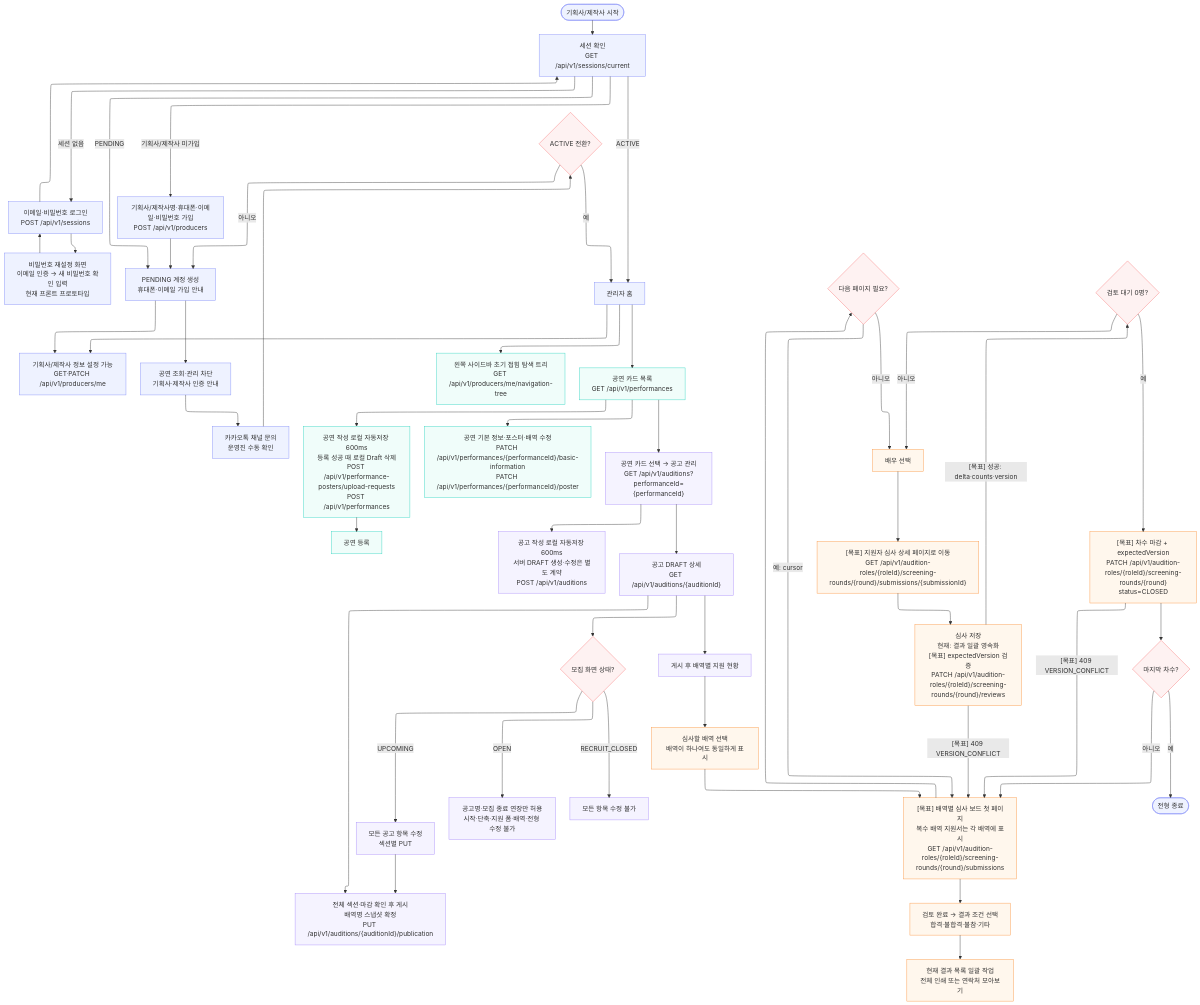
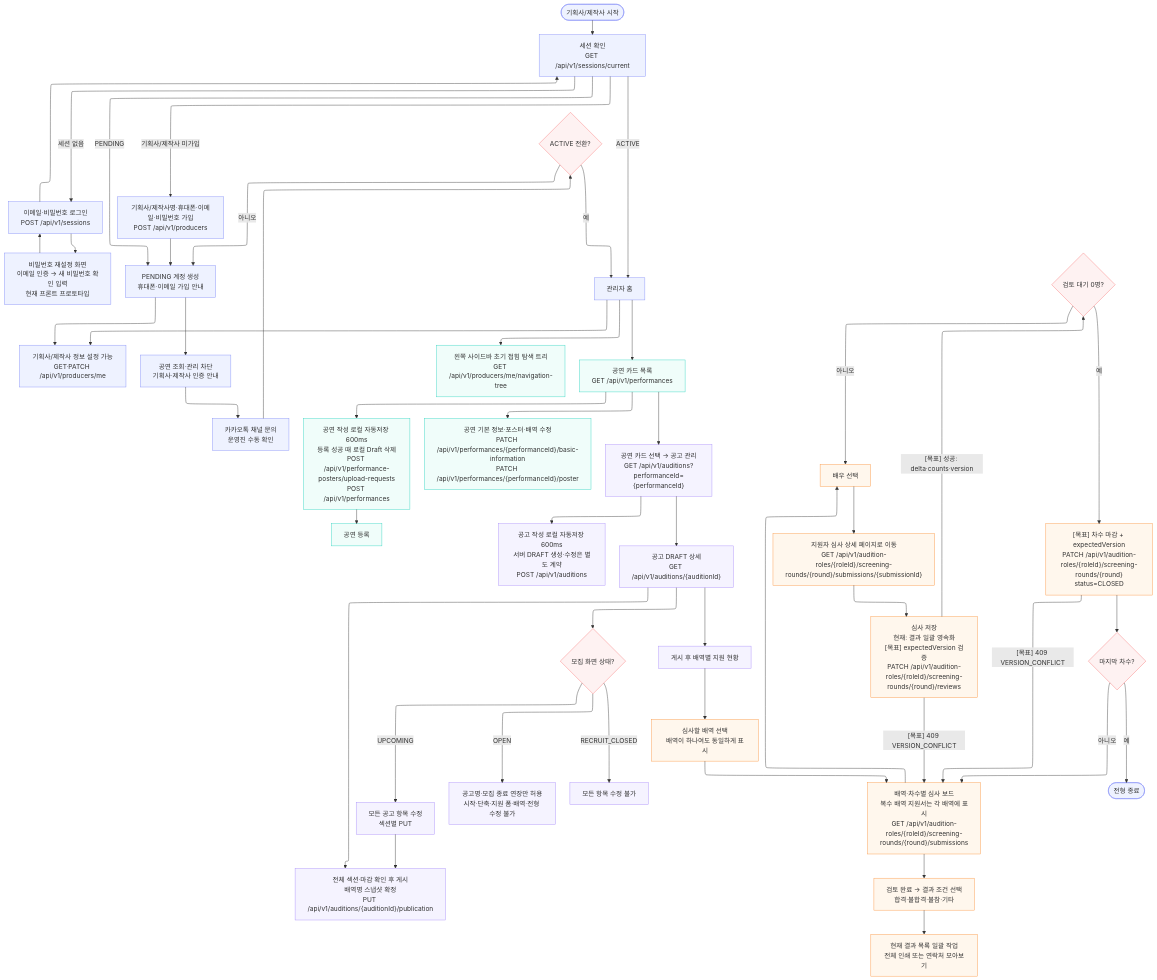
The diagram in docs/development/flows/producer.mmd (woowacourse-teams/2026-yesulin), drawn with Mermaid before and after one commit. The commit also changed 44 other files, not shown here.

```diff
--- a/docs/development/flows/producer.mmd
+++ b/docs/development/flows/producer.mmd
@@ -1,57 +1,55 @@
 ---
 config:
   layout: elk
 ---
 flowchart TB
     START(["기획사/제작사 시작"]) --> SESSION["세션 확인<br>GET /api/v1/sessions/current"]
     SESSION -- 세션 없음 --> LOGIN["이메일·비밀번호 로그인<br>POST /api/v1/sessions"]
     LOGIN --> PASSWORD_RESET["비밀번호 재설정 화면<br>이메일 인증 → 새 비밀번호 확인 입력<br>현재 프론트 프로토타입"]
     PASSWORD_RESET --> LOGIN
     LOGIN --> SESSION
     SESSION -- 기획사/제작사 미가입 --> SIGNUP["기획사/제작사명·휴대폰·이메일·비밀번호 가입<br>POST /api/v1/producers"]
     SIGNUP --> PENDING["PENDING 계정 생성<br>휴대폰·이메일 가입 안내"]
     SESSION -- PENDING --> PENDING
     PENDING --> PROFILE["기획사/제작사 정보 설정 가능<br>GET·PATCH /api/v1/producers/me"]
     PENDING --> BLOCKED["공연 조회·관리 차단<br>기획사·제작사 인증 안내"]
     BLOCKED --> CONTACT["카카오톡 채널 문의<br>운영진 수동 확인"]
     CONTACT --> ACTIVE{"ACTIVE 전환?"}
     ACTIVE -- 아니오 --> PENDING
     ACTIVE -- 예 --> HOME["관리자 홈"]
     SESSION -- ACTIVE --> HOME
     HOME --> NAV["왼쪽 사이드바 초기 접힘 탐색 트리<br>GET /api/v1/producers/me/navigation-tree"] & PROFILE & PERF["공연 카드 목록<br>GET /api/v1/performances"]
     PERF --> NEW_PERF["공연 작성 로컬 자동저장 600ms<br>등록 성공 때 로컬 Draft 삭제<br>POST /api/v1/performance-posters/upload-requests<br>POST /api/v1/performances"] & EDIT_PERF["공연 기본 정보·포스터·배역 수정<br>PATCH /api/v1/performances/{performanceId}/basic-information<br>PATCH /api/v1/performances/{performanceId}/poster"] & POSTINGS["공연 카드 선택 → 공고 관리<br>GET /api/v1/auditions?performanceId={performanceId}"]
     NEW_PERF --> CREATE_PERF["공연 등록"]
     POSTINGS --> CREATE_POSTING["공고 작성 로컬 자동저장 600ms<br>서버 DRAFT 생성·수정은 별도 계약<br>POST /api/v1/auditions"] & POSTING_DETAIL["공고 DRAFT 상세<br>GET /api/v1/auditions/{auditionId}"]
     POSTING_DETAIL --> EDIT_POLICY{"모집 화면 상태?"} & PUBLISH["전체 섹션·마감 확인 후 게시<br>배역명 스냅샷 확정<br>PUT /api/v1/auditions/{auditionId}/publication"] & ROLES["게시 후 배역별 지원 현황"]
     EDIT_POLICY -- UPCOMING --> EDIT_POSTING["모든 공고 항목 수정<br>섹션별 PUT"]
     EDIT_POLICY -- OPEN --> EDIT_OPEN["공고명·모집 종료 연장만 허용<br>시작·단축·지원 폼·배역·전형 수정 불가"]
     EDIT_POLICY -- RECRUIT_CLOSED --> EDIT_BLOCKED["모든 항목 수정 불가"]
     EDIT_POSTING --> PUBLISH
     ROLES --> CHOOSE_ROLE["심사할 배역 선택<br>배역이 하나여도 동일하게 표시"]
-    CHOOSE_ROLE --> BOARD["[목표] 배역별 심사 보드 첫 페이지<br>복수 배역 지원서는 각 배역에 표시<br>GET /api/v1/audition-roles/{roleId}/screening-rounds/{round}/submissions"]
+    CHOOSE_ROLE --> BOARD["배역·차수별 심사 보드<br>복수 배역 지원서는 각 배역에 표시<br>GET /api/v1/audition-roles/{roleId}/screening-rounds/{round}/submissions"]
     BOARD --> RESULT_FILTER["검토 완료 → 결과 조건 선택<br>합격·불합격·불참·기타"]
     RESULT_FILTER --> GROUP_ACTION["현재 결과 목록 일괄 작업<br>전체 인쇄 또는 연락처 모아보기"]
-    BOARD --> MORE{"다음 페이지 필요?"}
-    MORE -- 예: cursor --> BOARD
-    MORE -- 아니오 --> SELECT["배우 선택"]
-    SELECT --> APP_DETAIL["[목표] 지원자 심사 상세 페이지로 이동<br>GET /api/v1/audition-roles/{roleId}/screening-rounds/{round}/submissions/{submissionId}"]
+    BOARD --> SELECT["배우 선택"]
+    SELECT --> APP_DETAIL["지원자 심사 상세 페이지로 이동<br>GET /api/v1/audition-roles/{roleId}/screening-rounds/{round}/submissions/{submissionId}"]
     APP_DETAIL --> REVIEW["심사 저장<br>현재: 결과 일괄 영속화<br>[목표] expectedVersion 검증<br>PATCH /api/v1/audition-roles/{roleId}/screening-rounds/{round}/reviews"]
     REVIEW -- "[목표] 409 VERSION_CONFLICT" --> BOARD
     REVIEW -- "[목표] 성공: delta·counts·version" --> DONE{"검토 대기 0명?"}
     DONE -- 아니오 --> SELECT
     DONE -- 예 --> CLOSE["[목표] 차수 마감 + expectedVersion<br>PATCH /api/v1/audition-roles/{roleId}/screening-rounds/{round}<br>status=CLOSED"]
     CLOSE -- "[목표] 409 VERSION_CONFLICT" --> BOARD
     CLOSE --> LAST{"마지막 차수?"}
     LAST -- 아니오 --> BOARD
     LAST -- 예 --> FINISH(["전형 종료"])
 
     classDef authNode stroke:#818cf8,fill:#eef2ff
     classDef perfNode stroke:#2dd4bf,fill:#f0fdfa
     classDef postingNode stroke:#a78bfa,fill:#f5f3ff
     classDef screeningNode stroke:#fb923c,fill:#fff7ed
     classDef decisionNode stroke:#f87171,fill:#fef2f2
     class START,SESSION,LOGIN,PASSWORD_RESET,SIGNUP,PENDING,PROFILE,BLOCKED,CONTACT,HOME,FINISH authNode
     class ACTIVE,MORE,DONE,LAST,EDIT_POLICY decisionNode
     class NAV,PERF,NEW_PERF,EDIT_PERF,CREATE_PERF perfNode
     class POSTINGS,CREATE_POSTING,POSTING_DETAIL,EDIT_POSTING,EDIT_OPEN,EDIT_BLOCKED,PUBLISH,ROLES postingNode
     class BOARD,CHOOSE_ROLE,RESULT_FILTER,GROUP_ACTION,SELECT,APP_DETAIL,REVIEW,CLOSE screeningNode
```
